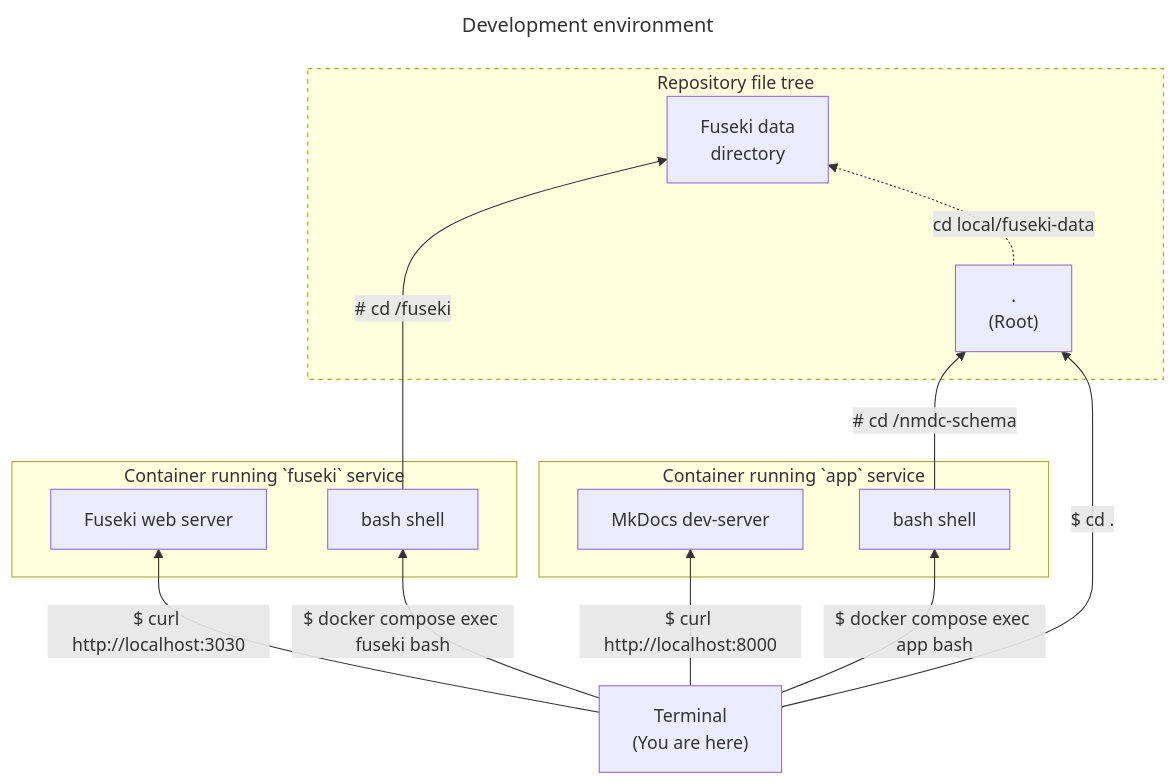
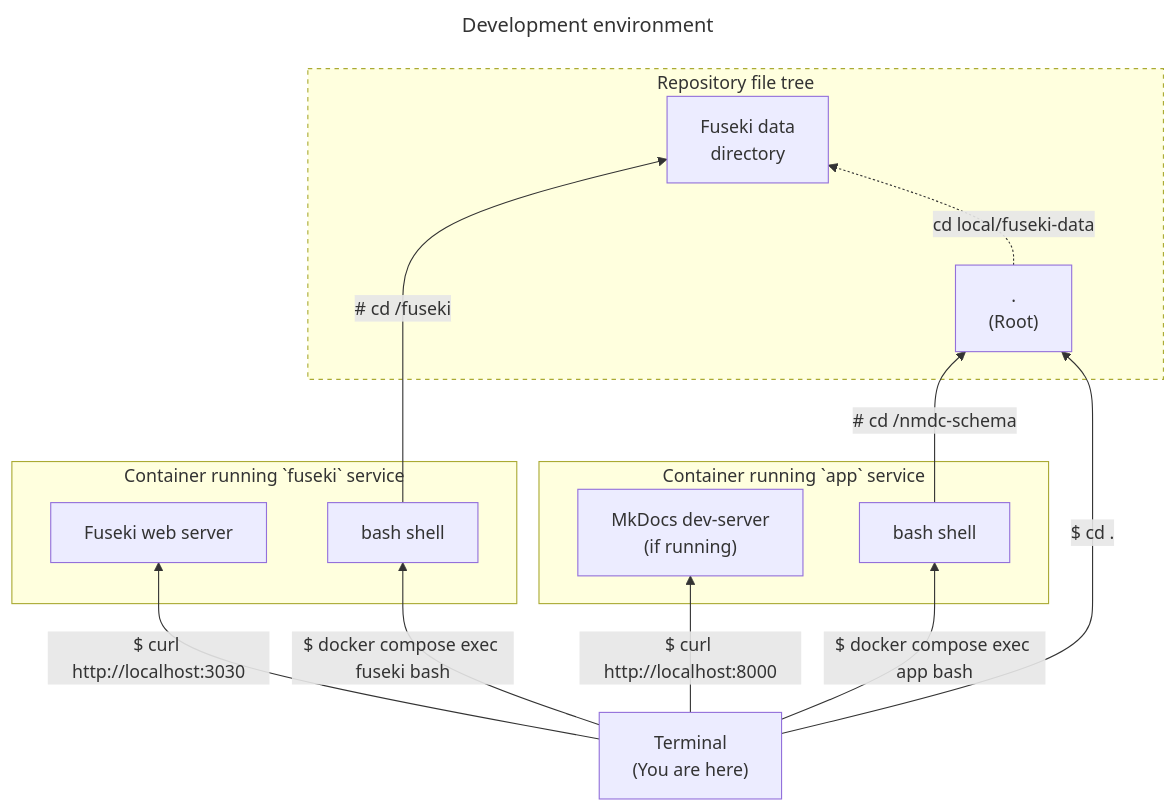
Before and after one commit to microbiomedata/nmdc-schema: the diagram in DEVELOPMENT.md, drawn with Mermaid. The commit also changed other lines of this file and 1 other file, not shown here.

Commit message:
Update docs to not imply the MkDocs dev-server will start automatically

````diff
--- a/DEVELOPMENT.md
+++ b/DEVELOPMENT.md
@@ -11,33 +11,33 @@
 ```mermaid
 ---
 title: Development environment
 ---
 graph BT
     host_terminal["Terminal<br>(You are here)"]
     
     subgraph app_container["Container running `app` service"]
-        mkdocs_server["MkDocs dev-server"]
+        mkdocs_server["MkDocs dev-server<br>(if running)"]
         app_bash["bash shell"]
     end
     
     subgraph fuseki_container["Container running `fuseki` service"]
         fuseki_server["Fuseki web server"]
         fuseki_bash["bash shell"]
     end
     
     subgraph repo_file_tree["Repository file tree"]
         repo_root_dir[".<br>(Root)"]
         repo_fuseki_dir["./local/fuseki-data<br>(Fuseki data)"]
     end
     style repo_file_tree stroke-dasharray: 4
     
     %% Links:
     host_terminal -- "$ curl http://localhost:8000" --> mkdocs_server
     host_terminal -- "$ docker compose exec app bash" --> app_bash
     app_bash -- "# cd /nmdc-schema" --> repo_root_dir
     host_terminal -- "$ cd ." --> repo_root_dir
     host_terminal -- "$ curl http://localhost:3030" --> fuseki_server
     host_terminal -- "$ docker compose exec fuseki bash" --> fuseki_bash
     fuseki_bash -- "# cd /fuseki" --> repo_fuseki_dir["Fuseki data<br>directory"]
     repo_root_dir -. "cd local/fuseki-data" .-> repo_fuseki_dir
 ```
````
